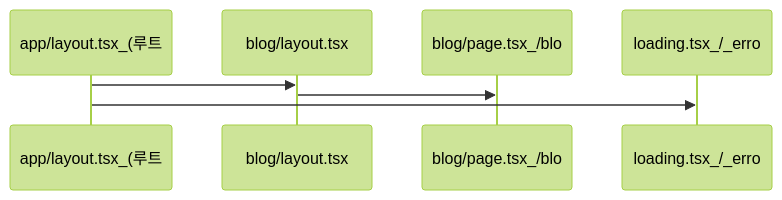
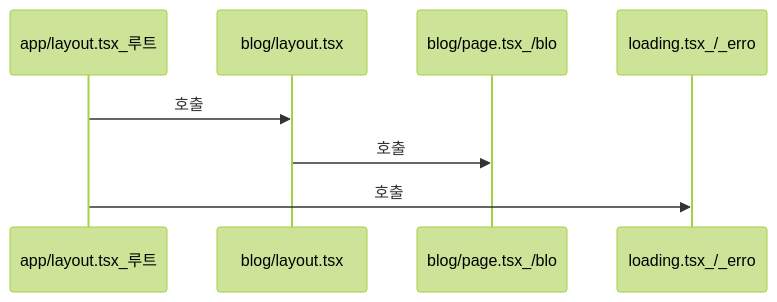
Before and after one commit to yjkim2015/yjkim2015.github.io: the fourth of 6 diagrams in _posts/frontend/2026-05-02-nextjs-fundamentals.md, drawn with Mermaid (forest theme). The commit also changed 85 other files, not shown here.

First line of the commit message:
sequenceDiagram 문법 에러 2차 수정 169개 (86파일)

````diff
--- a/_posts/frontend/2026-05-02-nextjs-fundamentals.md
+++ b/_posts/frontend/2026-05-02-nextjs-fundamentals.md
@@ -165,6 +165,6 @@
 ```mermaid
 sequenceDiagram
-    app/layout.tsx_(루트->>blog/layout.tsx:
-    blog/layout.tsx->>blog/page.tsx_/blo:
-    app/layout.tsx_(루트->>loading.tsx_/_erro:
+    app/layout.tsx_루트->>blog/layout.tsx: 호출
+    blog/layout.tsx->>blog/page.tsx_/blo: 호출
+    app/layout.tsx_루트->>loading.tsx_/_erro: 호출
 ```
````
